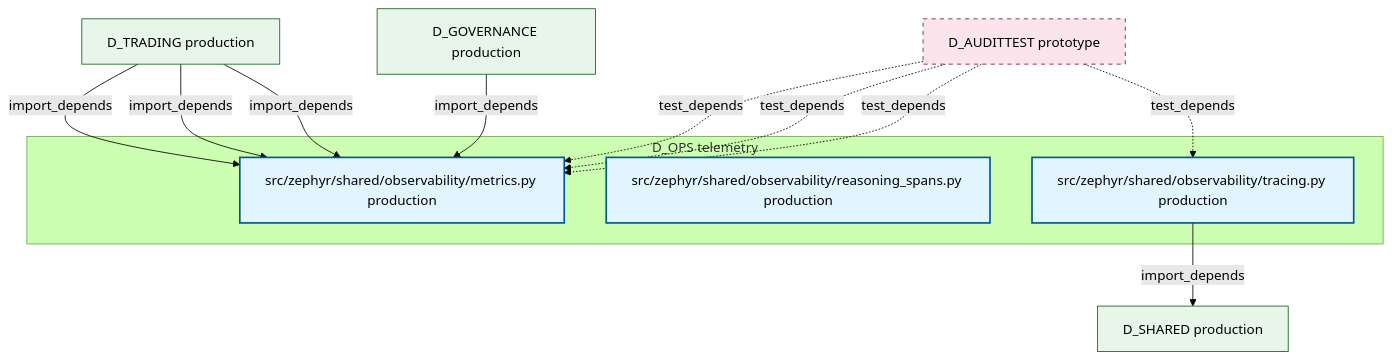
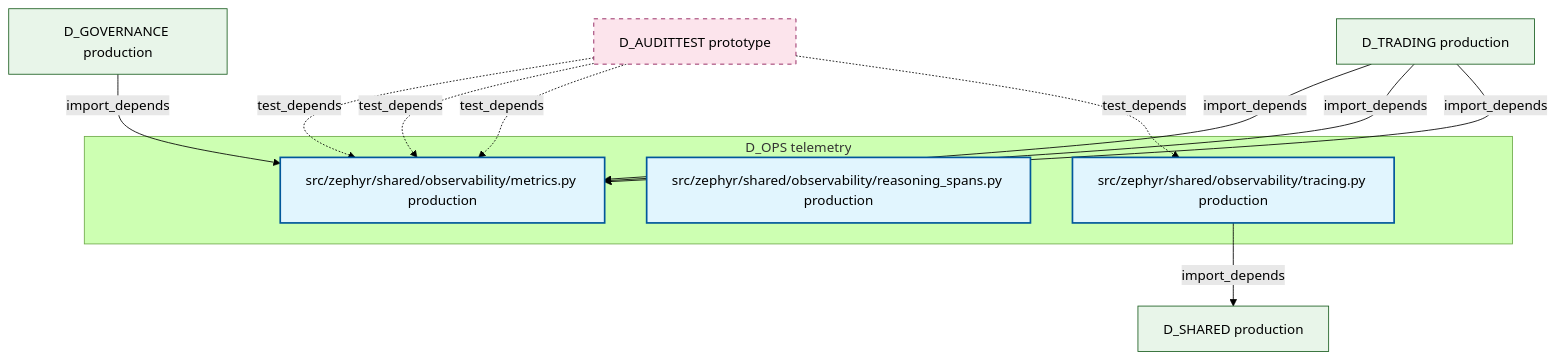
Before and after one commit to xuanFelixVan/ZephyrAlpha: the diagram in docs/02_enterprise_architecture/02_domain_architecture_docs/15_d_ops.md, drawn with Mermaid (forest theme). The commit also changed other lines of this file and 70 other files, not shown here.

````diff
--- a/docs/02_enterprise_architecture/02_domain_architecture_docs/15_d_ops.md
+++ b/docs/02_enterprise_architecture/02_domain_architecture_docs/15_d_ops.md
@@ -47,28 +47,28 @@
 ```mermaid
 graph TD
     subgraph D_OPS["D_OPS telemetry"]
         src_zephyr_shared_observability_metrics_py["src/zephyr/shared/observability/metrics.py production"]
         src_zephyr_shared_observability_reasoning_spans_py["src/zephyr/shared/observability/reasoning_spans.py production"]
         src_zephyr_shared_observability_tracing_py["src/zephyr/shared/observability/tracing.py production"]
     end
     D_SHARED["D_SHARED production"]
     src_zephyr_shared_observability_tracing_py -->|import_depends| D_SHARED
     D_AUDITTEST["D_AUDITTEST prototype"]
     D_AUDITTEST -.->|test_depends| src_zephyr_shared_observability_metrics_py
     D_TRADING["D_TRADING production"]
     D_TRADING -->|import_depends| src_zephyr_shared_observability_metrics_py
-    D_TRADING -->|import_depends| src_zephyr_shared_observability_metrics_py
     D_GOVERNANCE["D_GOVERNANCE production"]
     D_GOVERNANCE -->|import_depends| src_zephyr_shared_observability_metrics_py
     D_AUDITTEST -.->|test_depends| src_zephyr_shared_observability_metrics_py
     D_AUDITTEST -.->|test_depends| src_zephyr_shared_observability_metrics_py
+    D_TRADING -->|import_depends| src_zephyr_shared_observability_metrics_py
     D_TRADING -->|import_depends| src_zephyr_shared_observability_metrics_py
     D_AUDITTEST -.->|test_depends| src_zephyr_shared_observability_tracing_py
     classDef production fill:#e1f5fe,stroke:#01579b,stroke-width:2px,color:#000
     classDef design fill:#fff3e0,stroke:#e65100,stroke-width:2px,color:#000,stroke-dasharray: 5 5
     classDef external_prod fill:#e8f5e9,stroke:#1b5e20,stroke-width:1px,color:#000
     classDef external_design fill:#fce4ec,stroke:#880e4f,stroke-width:1px,color:#000,stroke-dasharray: 5 5
     class src_zephyr_shared_observability_metrics_py,src_zephyr_shared_observability_reasoning_spans_py,src_zephyr_shared_observability_tracing_py production
     class D_SHARED,D_TRADING,D_GOVERNANCE external_prod
     class D_AUDITTEST external_design
 ```
````
